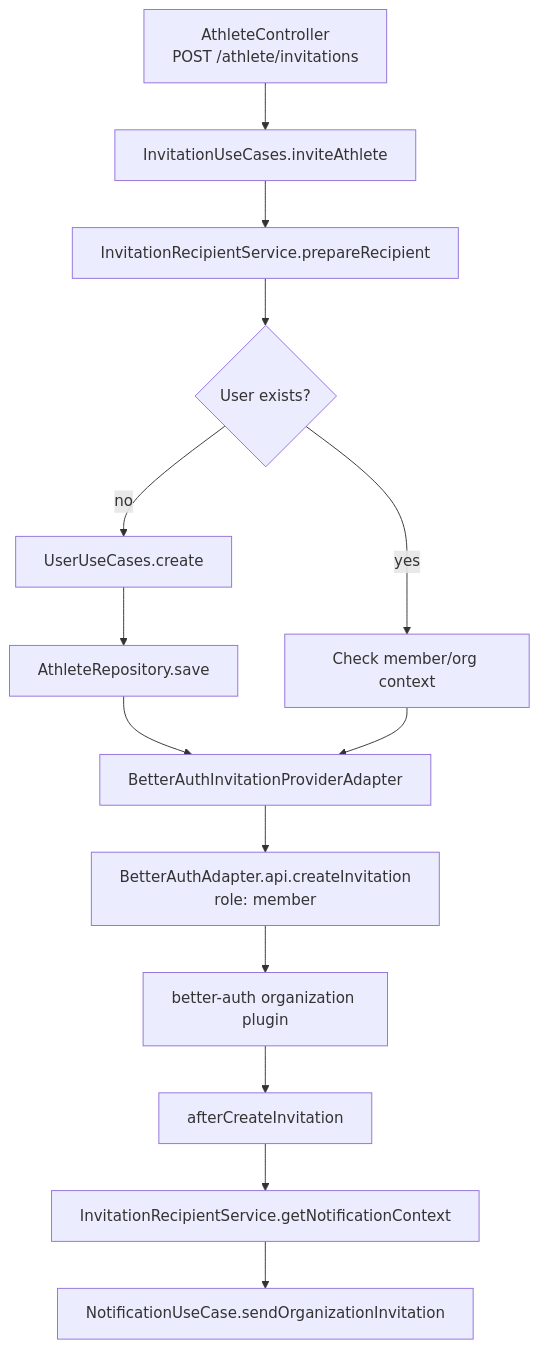
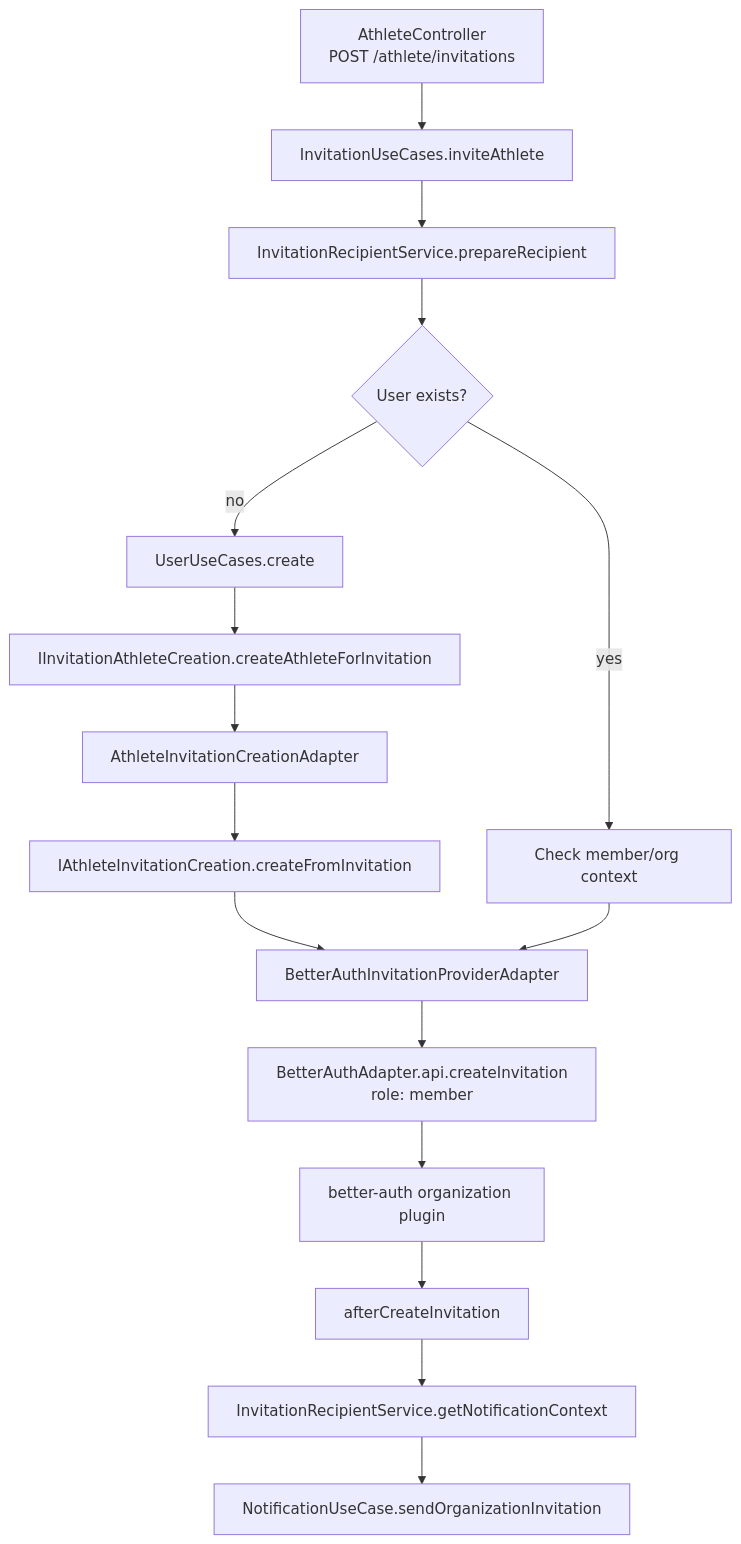
One commit to Netsbump/dropit changed the first of 6 diagrams in apps/api/src/modules/invitations/README.md. Above: the diagram before and after it, drawn with Mermaid. The commit also changed other lines of this file and 17 other files, not shown here.

First line of the commit message:
feat(api): add athlete creation from invitations and relocate uuid helpers

````diff
--- a/apps/api/src/modules/invitations/README.md
+++ b/apps/api/src/modules/invitations/README.md
@@ -14,16 +14,18 @@
 ```mermaid
 flowchart TD
   A["AthleteController<br/>POST /athlete/invitations"] --> B[InvitationUseCases.inviteAthlete]
   B --> C[InvitationRecipientService.prepareRecipient]
   C --> D{User exists?}
   D -- no --> E[UserUseCases.create]
-  E --> F[AthleteRepository.save]
-  D -- yes --> G[Check member/org context]
-  F --> H[BetterAuthInvitationProviderAdapter]
-  G --> H
-  H --> I[BetterAuthAdapter.api.createInvitation\nrole: member]
-  I --> J[better-auth organization plugin]
-  J --> K[afterCreateInvitation]
-  K --> L[InvitationRecipientService.getNotificationContext]
-  L --> M[NotificationUseCase.sendOrganizationInvitation]
+  E --> F[IInvitationAthleteCreation.createAthleteForInvitation]
+  F --> G[AthleteInvitationCreationAdapter]
+  G --> H[IAthleteInvitationCreation.createFromInvitation]
+  D -- yes --> I[Check member/org context]
+  H --> J[BetterAuthInvitationProviderAdapter]
+  I --> J
+  J --> K[BetterAuthAdapter.api.createInvitation<br/>role: member]
+  K --> L[better-auth organization plugin]
+  L --> M[afterCreateInvitation]
+  M --> N[InvitationRecipientService.getNotificationContext]
+  N --> O[NotificationUseCase.sendOrganizationInvitation]
 ```
````
